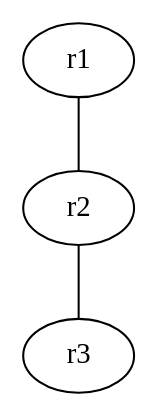
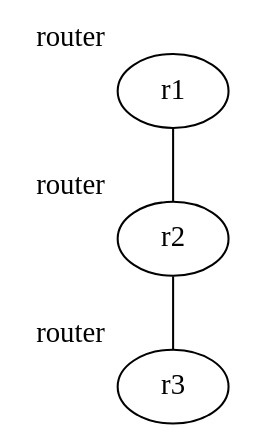
Before and after one commit to cpflat/dot2net: the diagram in example/ospf_simple/input.dot, drawn with Graphviz. The commit also changed 29 other files, not shown here.

```diff
--- a/example/ospf_simple/input.dot
+++ b/example/ospf_simple/input.dot
@@ -1,8 +1,8 @@
 digraph {
-	r1[class="router"];
-	r2[class="router"];
-	r3[class="router"];
+	r1[xlabel="router"];
+	r2[xlabel="router"];
+	r3[xlabel="router"];
 
 	r1->r2[dir="none"];
 	r2->r3[dir="none"];
 }
```
